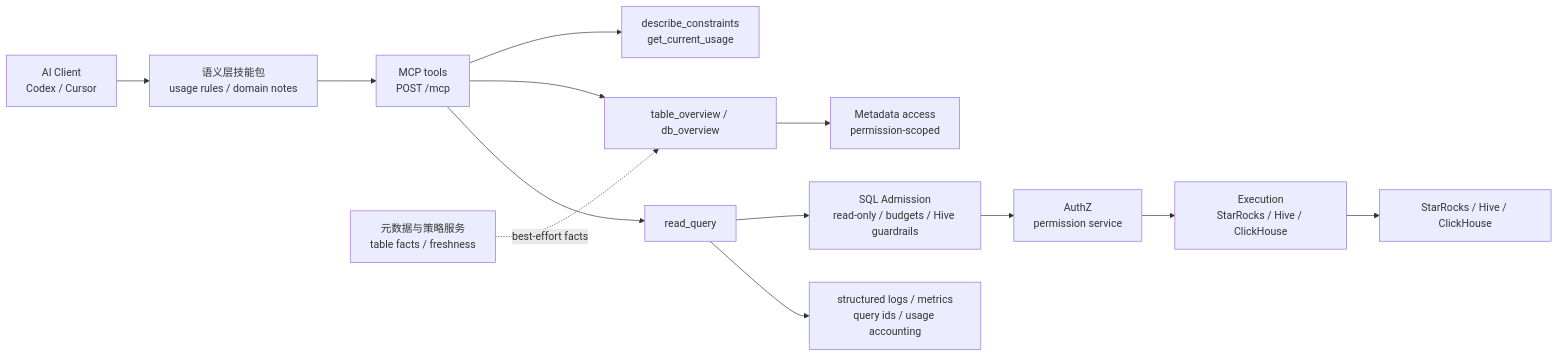
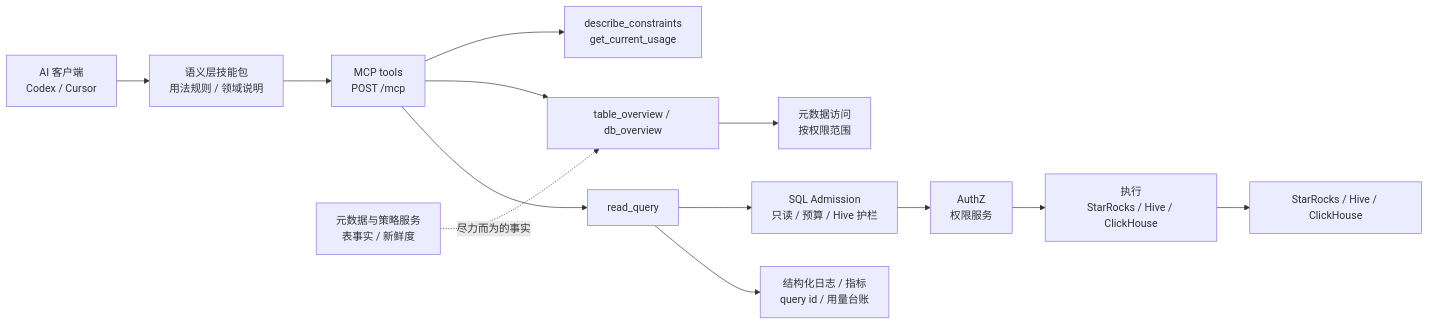
One commit to LucaXD-china/work-summary changed the diagram in docs/ai-applications.md. Above: the diagram before and after it, drawn with Mermaid. The commit also changed other lines of this file and 3 other files, not shown here.

````diff
--- a/docs/ai-applications.md
+++ b/docs/ai-applications.md
@@ -29,18 +28,18 @@
 ```mermaid
 flowchart LR
-    Client["AI Client<br/>Codex / Cursor"] --> Sem["语义层技能包<br/>usage rules / domain notes"]
+    Client["AI 客户端<br/>Codex / Cursor"] --> Sem["语义层技能包<br/>用法规则 / 领域说明"]
     Sem --> MCP["MCP tools<br/>POST /mcp"]
 
     MCP --> Discovery["describe_constraints<br/>get_current_usage"]
     MCP --> Overview["table_overview / db_overview"]
     MCP --> Query["read_query"]
 
-    Query --> Admission["SQL Admission<br/>read-only / budgets / Hive guardrails"]
-    Admission --> AuthZ["AuthZ<br/>permission service"]
-    AuthZ --> Exec["Execution<br/>StarRocks / Hive / ClickHouse"]
+    Query --> Admission["SQL Admission<br/>只读 / 预算 / Hive 护栏"]
+    Admission --> AuthZ["AuthZ<br/>权限服务"]
+    AuthZ --> Exec["执行<br/>StarRocks / Hive / ClickHouse"]
 
-    Overview --> Metadata["Metadata access<br/>permission-scoped"]
-    Meta["元数据与策略服务<br/>table facts / freshness"] -. "best-effort facts" .-> Overview
+    Overview --> Metadata["元数据访问<br/>按权限范围"]
+    Meta["元数据与策略服务<br/>表事实 / 新鲜度"] -. "尽力而为的事实" .-> Overview
     Exec --> Data["StarRocks / Hive / ClickHouse"]
-    Query --> Obs["structured logs / metrics<br/>query ids / usage accounting"]
+    Query --> Obs["结构化日志 / 指标<br/>query id / 用量台账"]
 ```
````
